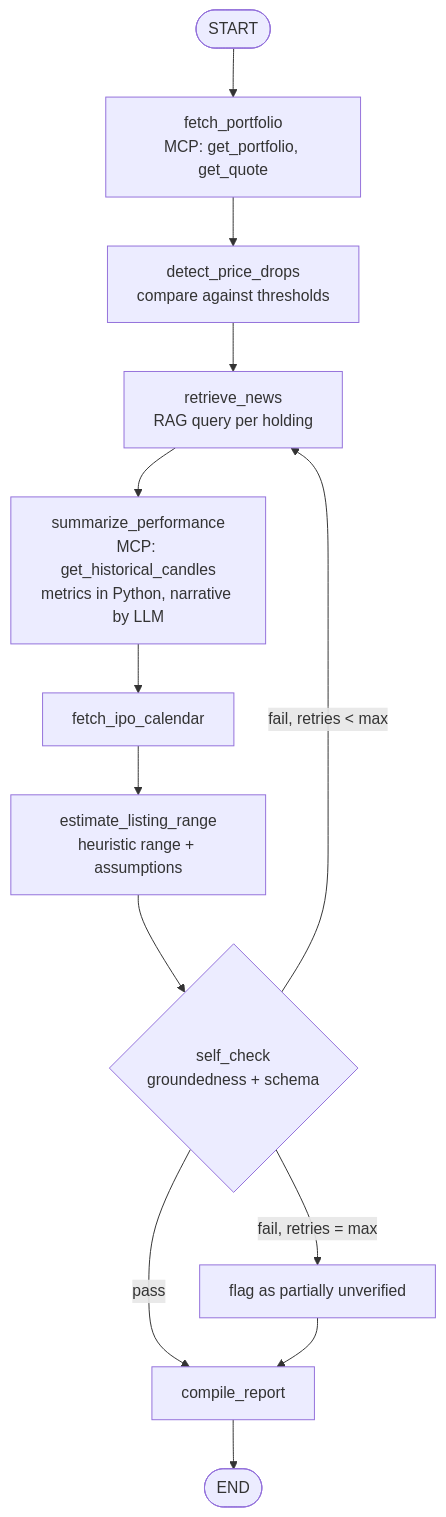
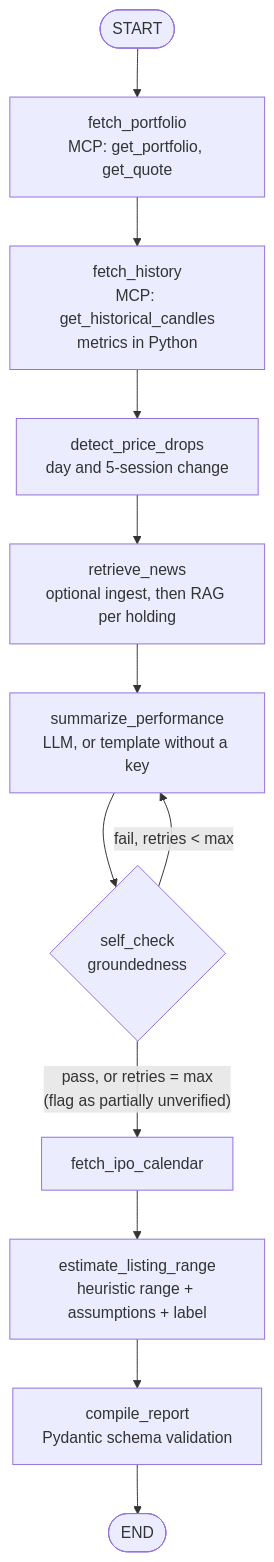
Before and after one commit to BeastHarsha/StockRecommendationSystem: the second of 3 diagrams in README.md, drawn with Mermaid. The commit also changed other lines of this file and 26 other files, not shown here.

````diff
--- a/README.md
+++ b/README.md
@@ -85,15 +96,14 @@
 ```mermaid
 flowchart TD
     START(["START"]) --> FP["fetch_portfolio<br/>MCP: get_portfolio, get_quote"]
-    FP --> PD["detect_price_drops<br/>compare against thresholds"]
-    PD --> RN["retrieve_news<br/>RAG query per holding"]
-    RN --> SP["summarize_performance<br/>MCP: get_historical_candles<br/>metrics in Python, narrative by LLM"]
-    SP --> IPO["fetch_ipo_calendar"]
-    IPO --> EST["estimate_listing_range<br/>heuristic range + assumptions"]
-    EST --> SC{"self_check<br/>groundedness + schema"}
-    SC -->|"pass"| CR["compile_report"]
-    SC -->|"fail, retries < max"| RN
-    SC -->|"fail, retries = max"| FLAG["flag as partially unverified"]
-    FLAG --> CR
+    FP --> FH["fetch_history<br/>MCP: get_historical_candles<br/>metrics in Python"]
+    FH --> PD["detect_price_drops<br/>day and 5-session change"]
+    PD --> RN["retrieve_news<br/>optional ingest, then RAG per holding"]
+    RN --> SP["summarize_performance<br/>LLM, or template without a key"]
+    SP --> SC{"self_check<br/>groundedness"}
+    SC -->|"fail, retries < max"| SP
+    SC -->|"pass, or retries = max<br/>(flag as partially unverified)"| IPO["fetch_ipo_calendar"]
+    IPO --> EST["estimate_listing_range<br/>heuristic range + assumptions + label"]
+    EST --> CR["compile_report<br/>Pydantic schema validation"]
     CR --> END(["END"])
 ```
````
